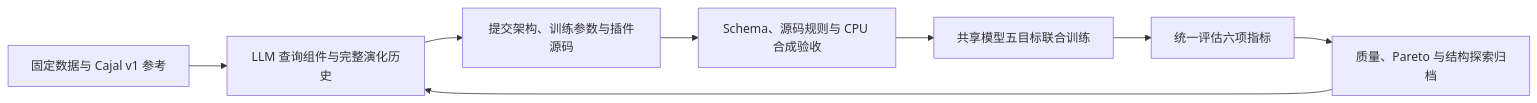
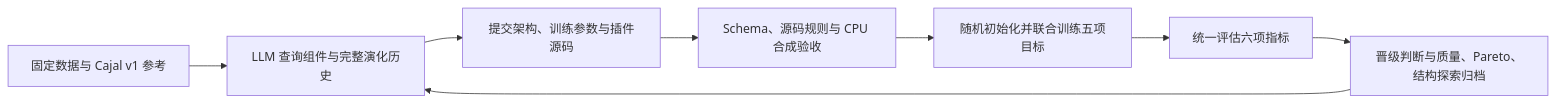
The diagram in README_zh-CN.md (novaeve/nanobrain), drawn with Mermaid before and after one commit. The commit also changed other lines of this file and 1 other file, not shown here.

First line of the commit message:
Focus README on Cajal ReAct architecture evolution

````diff
--- a/README_zh-CN.md
+++ b/README_zh-CN.md
@@ -25,10 +23,10 @@
 ```mermaid
 flowchart LR
     A[固定数据与 Cajal v1 参考] --> B[LLM 查询组件与完整演化历史]
     B --> C[提交架构、训练参数与插件源码]
     C --> D[Schema、源码规则与 CPU 合成验收]
-    D --> E[共享模型五目标联合训练]
+    D --> E[随机初始化并联合训练五项目标]
     E --> F[统一评估六项指标]
-    F --> G[质量、Pareto 与结构探索归档]
+    F --> G[晋级判断与质量、Pareto、结构探索归档]
     G --> B
 ```
````
